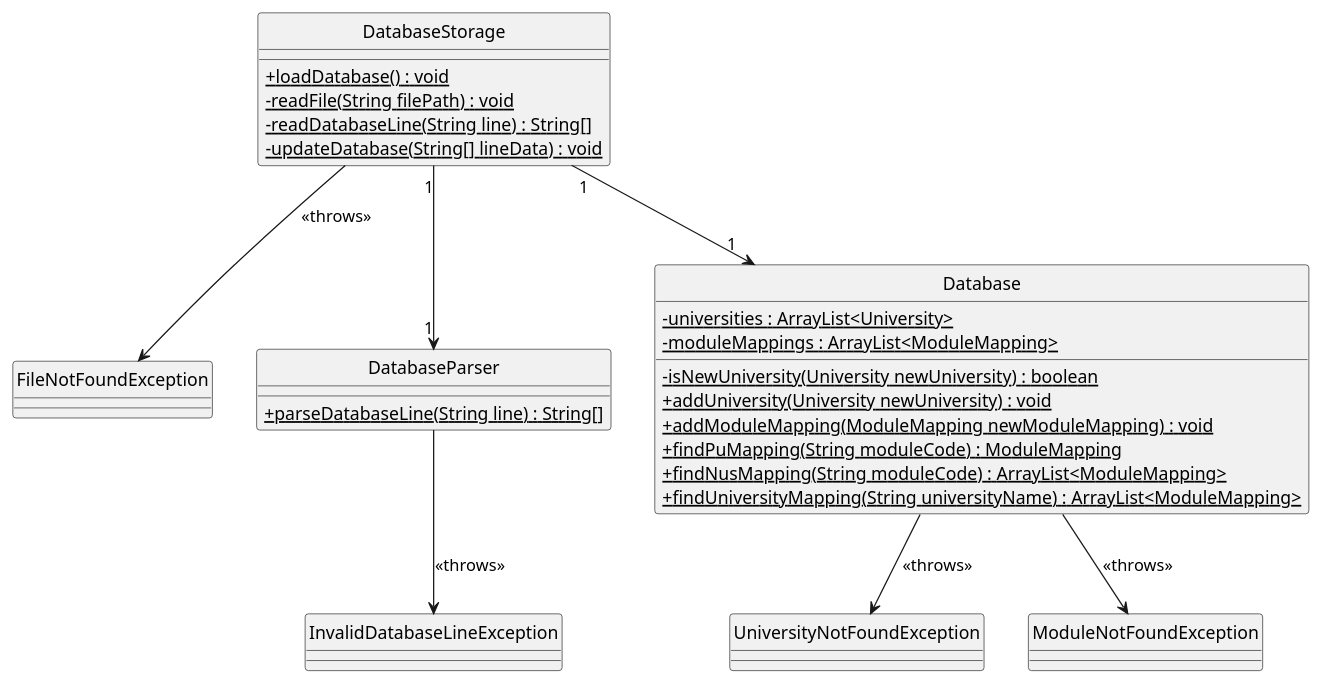
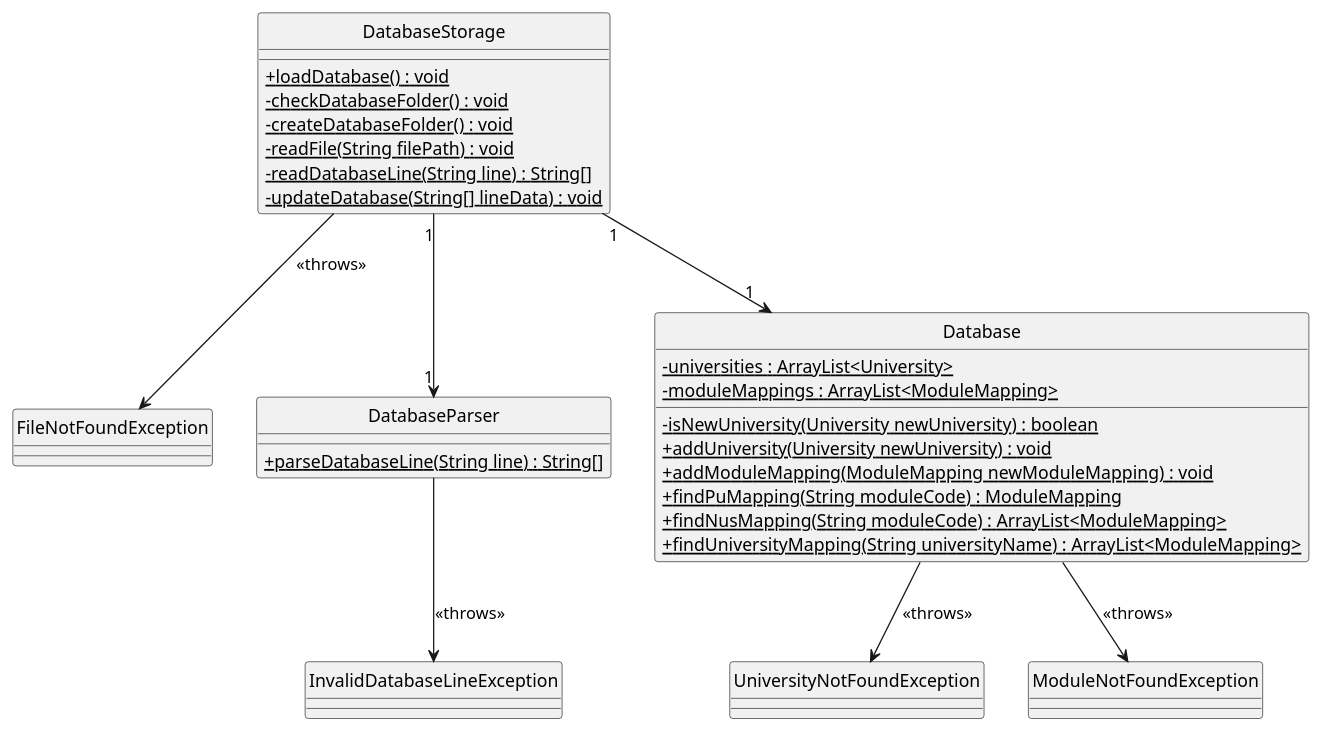
The diagram in docs/diagrams/Database_Class.puml (nus-cs2113-AY2223S1/tp), drawn with PlantUML before and after one commit. The commit also changed 3 other files, not shown here.

Commit message:
Update class and sequence diagrams for database

```diff
--- a/docs/diagrams/Database_Class.puml
+++ b/docs/diagrams/Database_Class.puml
@@ -1,51 +1,53 @@
 @startuml
 
 hide circle
 skinparam classAttributeIconSize 0
 
 class DatabaseStorage {
     {static} + loadDatabase() : void
+    {static} - checkDatabaseFolder() : void
+    {static} - createDatabaseFolder() : void
     {static} - readFile(String filePath) : void
     {static} - readDatabaseLine(String line) : String[]
     {static} - updateDatabase(String[] lineData) : void
 }
 
 class FileNotFoundException {
 
 }
 
 class DatabaseParser {
     {static} + parseDatabaseLine(String line) : String[]
 }
 
 class InvalidDatabaseLineException {
 
 }
 
 class Database {
     {static} - universities : ArrayList<University>
     {static} - moduleMappings : ArrayList<ModuleMapping>
     {static} - isNewUniversity(University newUniversity) : boolean
     {static} + addUniversity(University newUniversity) : void
     {static} + addModuleMapping(ModuleMapping newModuleMapping) : void
     {static} + findPuMapping(String moduleCode) : ModuleMapping
     {static} + findNusMapping(String moduleCode) : ArrayList<ModuleMapping>
     {static} + findUniversityMapping(String universityName) : ArrayList<ModuleMapping>
 }
 
 class UniversityNotFoundException {
 
 }
 
 class ModuleNotFoundException {
 
 }
 
 DatabaseStorage --> FileNotFoundException : <<throws>>
 DatabaseStorage "1" --> "1" Database
 DatabaseStorage "1" --> "1" DatabaseParser
 DatabaseParser --> InvalidDatabaseLineException : << throws>>
 Database --> UniversityNotFoundException : <<throws>>
 Database --> ModuleNotFoundException : <<throws>>
 
 @enduml
```
